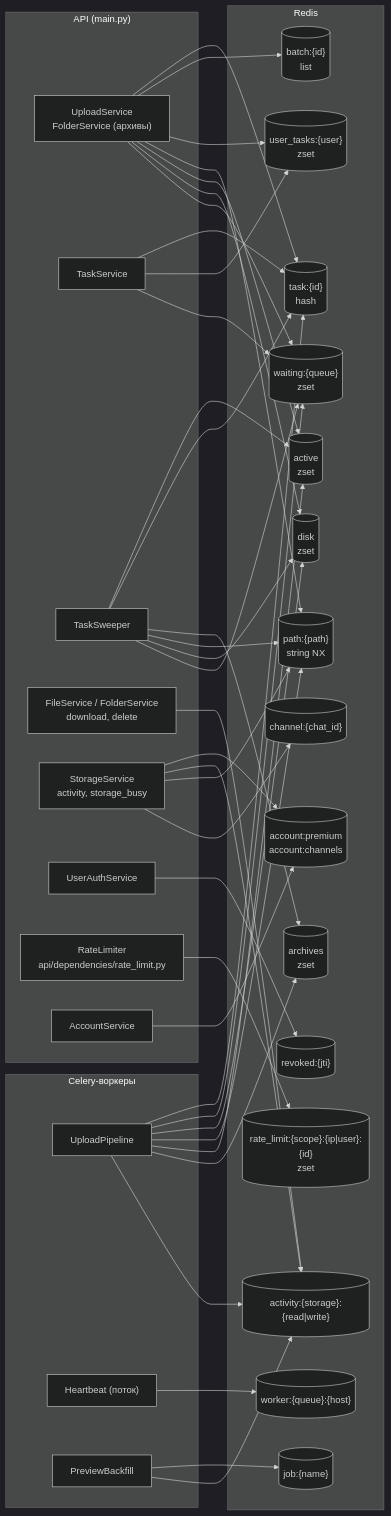
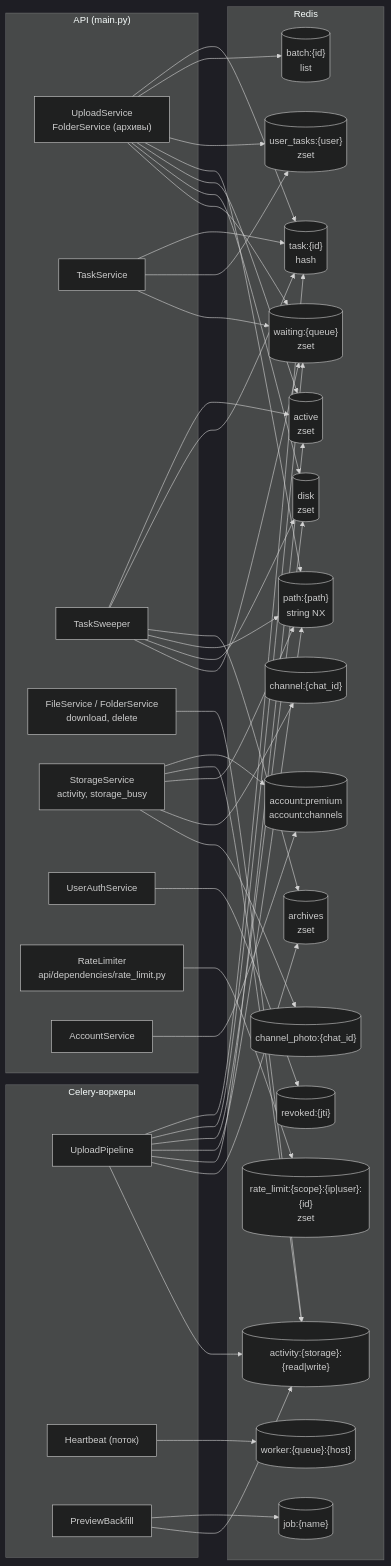
One commit to NikitkaZXC/tcloud-backend changed the diagram in docs/redis.md. Above: the diagram before and after it, drawn with Mermaid (dark theme). The commit also changed other lines of this file and 6 other files, not shown here.

````diff
--- a/docs/redis.md
+++ b/docs/redis.md
@@ -11,47 +11,48 @@
 ```mermaid
 flowchart LR
     subgraph api["API (main.py)"]
         us["UploadService<br/>FolderService (архивы)"]
         ts["TaskService"]
         sw["TaskSweeper"]
         fs["FileService / FolderService<br/>download, delete"]
         ss["StorageService<br/>activity, storage_busy"]
         ua["UserAuthService"]
         rl["RateLimiter<br/>api/dependencies/rate_limit.py"]
         acs["AccountService"]
     end
     subgraph workers["Celery-воркеры"]
         pl["UploadPipeline"]
         hb["Heartbeat (поток)"]
         bf["PreviewBackfill"]
     end
     subgraph redis["Redis"]
         task[("task:{id}<br/>hash")]
         batch[("batch:{id}<br/>list")]
         owned[("user_tasks:{user}<br/>zset")]
         path[("path:{path}<br/>string NX")]
         active[("active<br/>zset")]
         disk[("disk<br/>zset")]
         waiting[("waiting:{queue}<br/>zset")]
         archives[("archives<br/>zset")]
         worker[("worker:{queue}:{host}")]
         activity[("activity:{storage}:{read|write}")]
         revoked[("revoked:{jti}")]
         rate[("rate_limit:{scope}:{ip|user}:{id}<br/>zset")]
         job[("job:{name}")]
         channel[("channel:{chat_id}")]
+        photo[("channel_photo:{chat_id}")]
         account[("account:premium<br/>account:channels")]
     end
     acs --> account
     ss --> account
     us --> task & batch & owned & path & active & disk & waiting
     ts --> task & owned & waiting
     sw --> active & task & archives & path & disk & waiting
     pl --> task & waiting & disk & path & active & archives & activity
     bf --> job & activity
     hb --> worker
     fs --> activity
-    ss --> activity & path & channel
+    ss --> activity & path & channel & photo
     ua --> revoked
     rl --> rate
 ```
````
